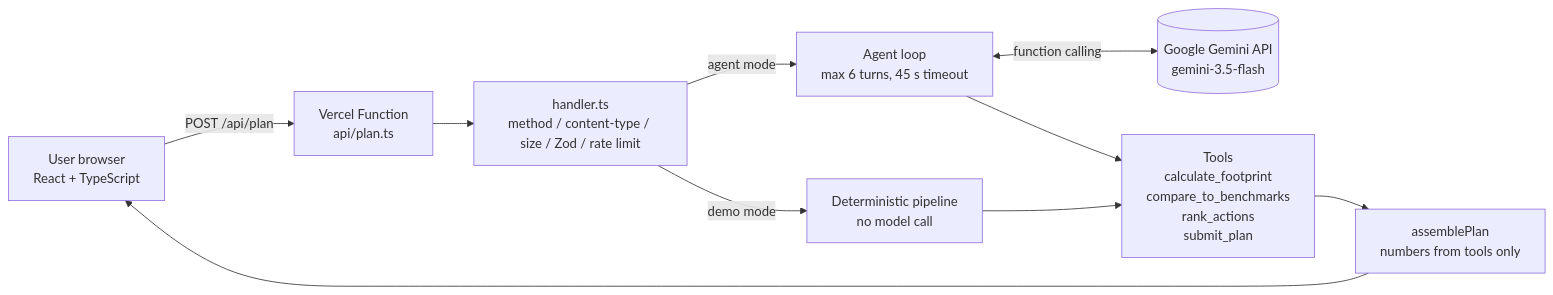
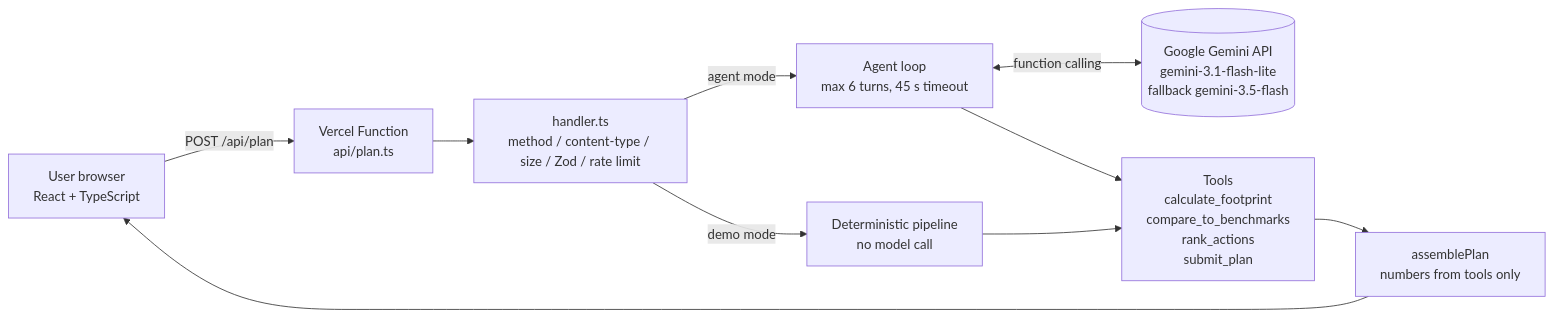
One commit to chinmaymeshram1-wq/promptwar changed the diagram in README.md. Above: the diagram before and after it, drawn with Mermaid. The commit also changed other lines of this file and 5 other files, not shown here.

First line of the commit message:
fix: reliable Gemini calls with model fallback

````diff
--- a/README.md
+++ b/README.md
@@ -51,12 +51,12 @@
 ```mermaid
 flowchart LR
     U[User browser<br/>React + TypeScript] -- POST /api/plan --> F[Vercel Function<br/>api/plan.ts]
     F --> H[handler.ts<br/>method / content-type / size / Zod / rate limit]
     H -- demo mode --> D[Deterministic pipeline<br/>no model call]
     H -- agent mode --> A[Agent loop<br/>max 6 turns, 45 s timeout]
-    A <-- function calling --> G[(Google Gemini API<br/>gemini-3.5-flash)]
+    A <-- function calling --> G[(Google Gemini API<br/>gemini-3.1-flash-lite<br/>fallback gemini-3.5-flash)]
     A --> T[Tools<br/>calculate_footprint<br/>compare_to_benchmarks<br/>rank_actions<br/>submit_plan]
     D --> T
     T --> P[assemblePlan<br/>numbers from tools only]
     P --> U
 ```
````
